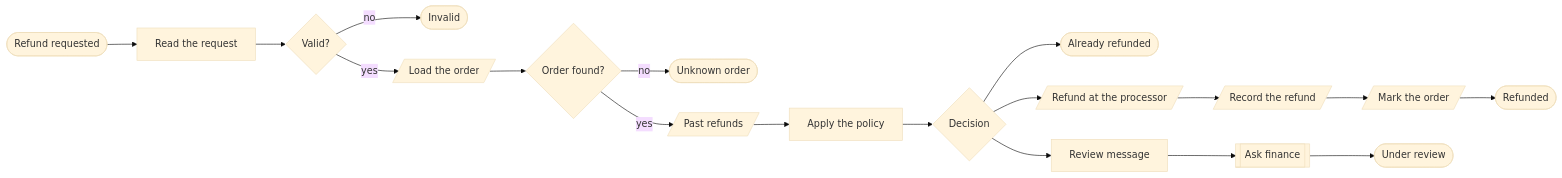
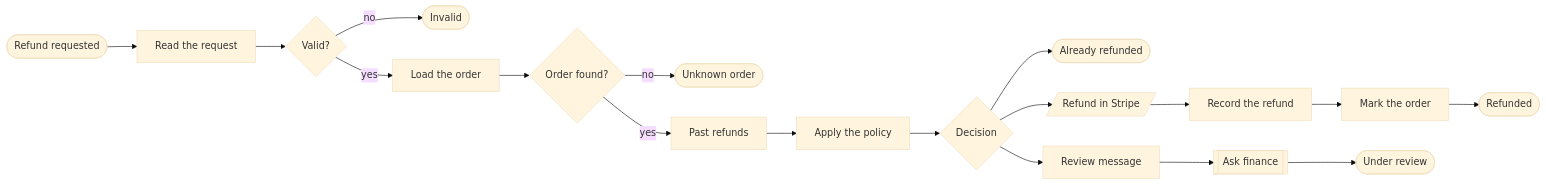
One commit to kimjoshuadr/n8n-workflows changed the second of 4 diagrams in workflows/commerce/README.md. Above: the diagram before and after it, drawn with Mermaid (base theme). The commit also changed other lines of this file and 184 other files, not shown here.

Commit message:
Finish the move to named platforms: blocks, BambooHR, generated README, schema and platform marks

````diff
--- a/workflows/commerce/README.md
+++ b/workflows/commerce/README.md
@@ -64,38 +66,38 @@
 ```mermaid
 flowchart LR
   n5dq4ml(["Refund requested"])
   n4skscd["Read the request"]
   n2xqlyi{"Valid?"}
   n1clxfxs(["Invalid"])
-  n2f5mh8[/"Load the order"/]
+  n2f5mh8["Load the order"]
   n1dhn3qu{"Order found?"}
   ntr7sj5(["Unknown order"])
-  nzokvbo[/"Past refunds"/]
+  nzokvbo["Past refunds"]
   n1iue1ne["Apply the policy"]
   ne9uvpf{"Decision"}
   n1xheo7a(["Already refunded"])
-  nz9z0gn[/"Refund at the processor"/]
-  n1qn7jj[/"Record the refund"/]
-  nwbgapf[/"Mark the order"/]
+  n13d11l3[/"Refund in Stripe"/]
+  n1qn7jj["Record the refund"]
+  nwbgapf["Mark the order"]
   n1s8oc3i(["Refunded"])
   n20moti["Review message"]
   n10am1f0[["Ask finance"]]
   n18n0taf(["Under review"])
   n5dq4ml --> n4skscd
   n4skscd --> n2xqlyi
   n2xqlyi -->|yes| n2f5mh8
   n2f5mh8 --> n1dhn3qu
   n1dhn3qu -->|yes| nzokvbo
   nzokvbo --> n1iue1ne
   n1iue1ne --> ne9uvpf
   n2xqlyi -->|no| n1clxfxs
   n1dhn3qu -->|no| ntr7sj5
   ne9uvpf --> n1xheo7a
-  ne9uvpf --> nz9z0gn
-  nz9z0gn --> n1qn7jj
+  ne9uvpf --> n13d11l3
+  n13d11l3 --> n1qn7jj
   n1qn7jj --> nwbgapf
   nwbgapf --> n1s8oc3i
   ne9uvpf --> n20moti
   n20moti --> n10am1f0
   n10am1f0 --> n18n0taf
 ```
````
